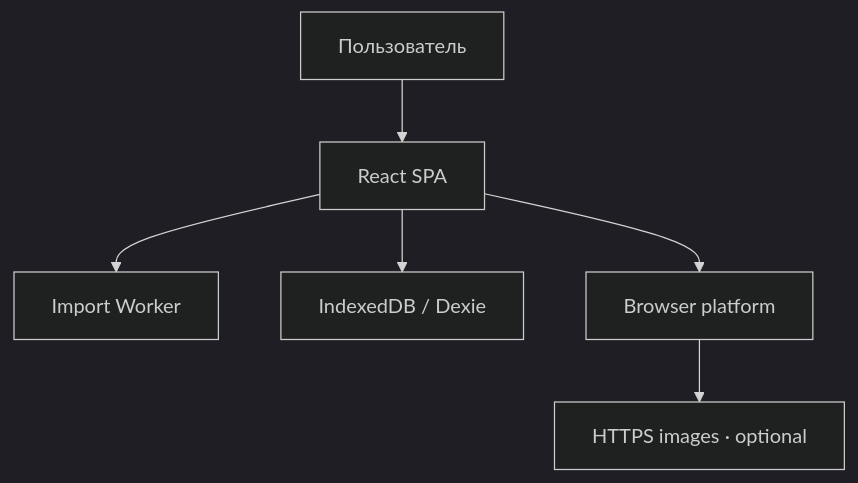
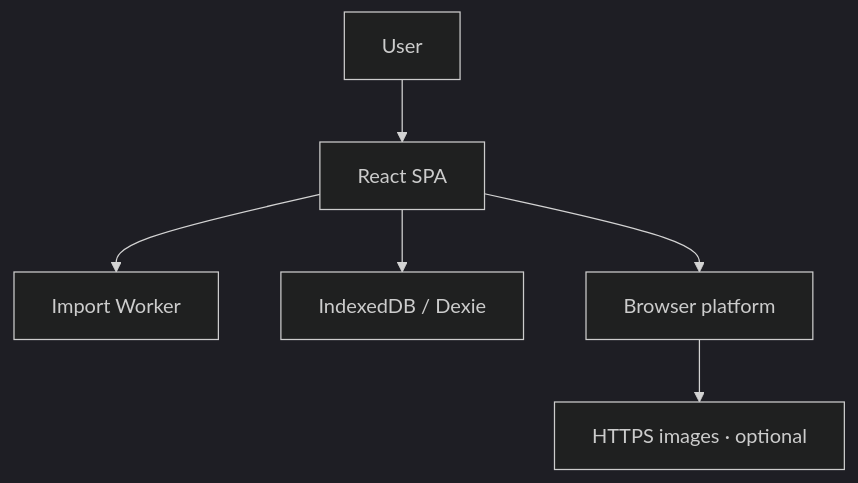
The first of 3 diagrams in codex-spec/architecture/system-architecture.md (r-zubkov/markdown-reader), drawn with Mermaid (dark theme) before and after one commit. The commit also changed other lines of this file and 12 other files, not shown here.

````diff
--- a/codex-spec/architecture/system-architecture.md
+++ b/codex-spec/architecture/system-architecture.md
@@ -11,8 +11,8 @@
 ```mermaid
 flowchart TD
-    U["Пользователь"] --> UI["React SPA"]
+    U["User"] --> UI["React SPA"]
     UI --> W["Import Worker"]
     UI --> DB["IndexedDB / Dexie"]
     UI --> P["Browser platform"]
     P --> N["HTTPS images · optional"]
 ```
````
